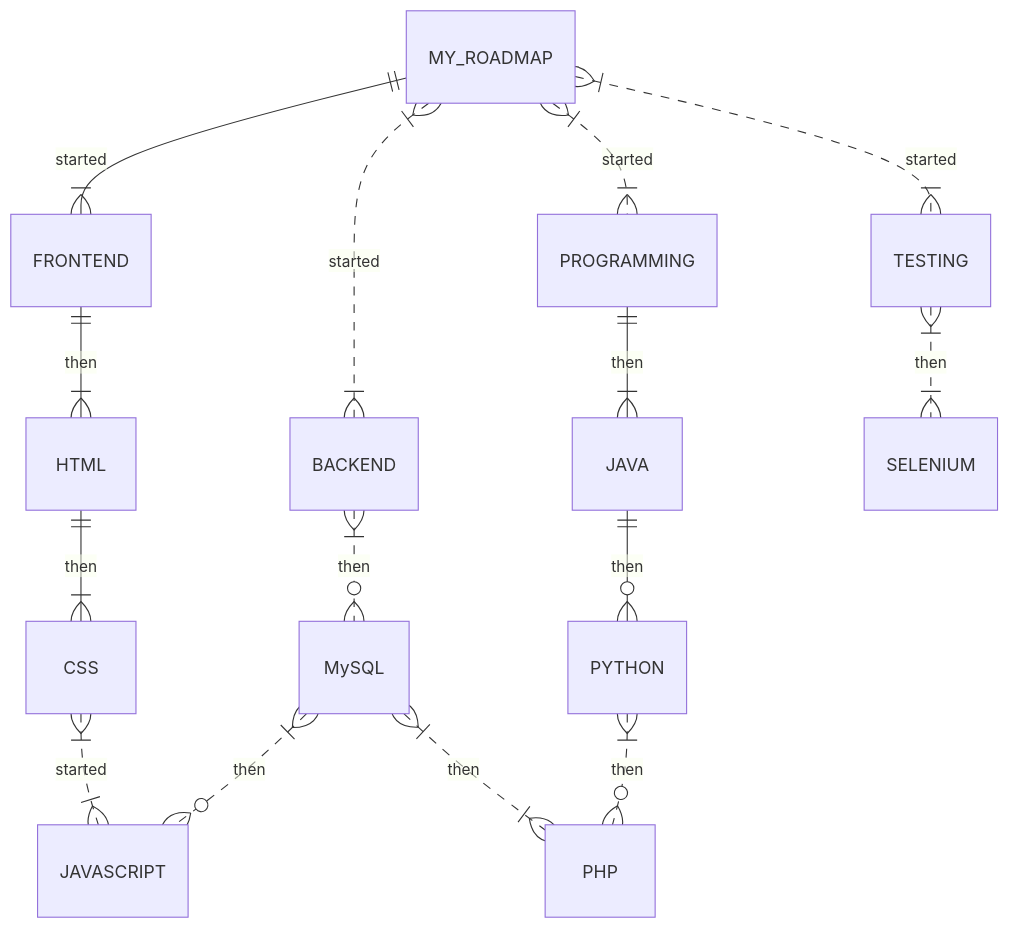
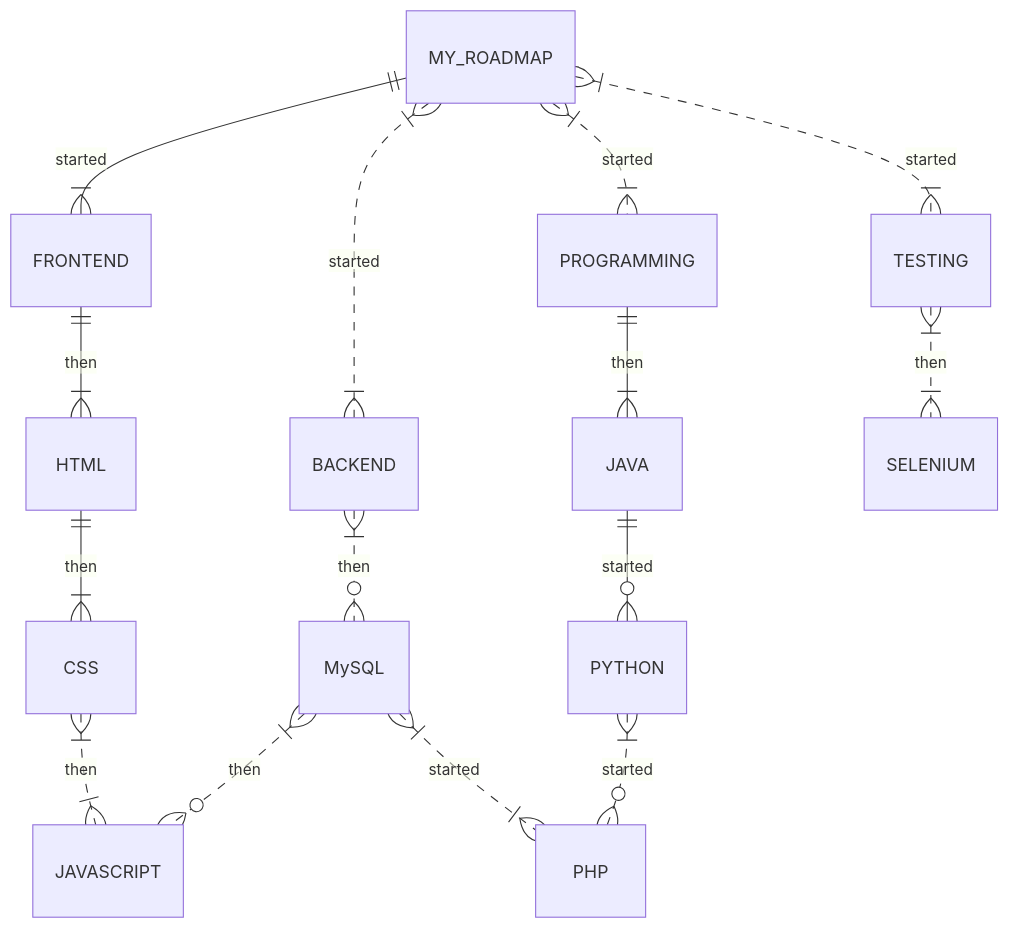
The diagram in README.md (sakhan-s/sakhan-s), drawn with Mermaid before and after one commit. The commit also changed other lines of this file, not shown here.

````diff
--- a/README.md
+++ b/README.md
@@ -21,17 +21,17 @@
 ```mermaid
 erDiagram
     MY_ROADMAP ||--|{ FRONTEND : started
     FRONTEND ||--|{ HTML : then
     HTML ||--|{ CSS : then
-    CSS }|..|{ JAVASCRIPT : started
+    CSS }|..|{ JAVASCRIPT : then
     MY_ROADMAP }|..|{ PROGRAMMING : started
     PROGRAMMING ||--|{ JAVA : then
-    JAVA ||--o{ PYTHON : then
+    JAVA ||--o{ PYTHON : started
     MY_ROADMAP }|..|{ BACKEND : started
     MY_ROADMAP }|..|{ TESTING : started
     TESTING }|..|{ SELENIUM : then
     BACKEND }|..o{ MySQL : then
     MySQL }|..o{ JAVASCRIPT : then
-    MySQL }|..|{ PHP : then
-    PYTHON }|..o{ PHP : then
+    MySQL }|..|{ PHP : started
+    PYTHON }|..o{ PHP : started
 ```
````
